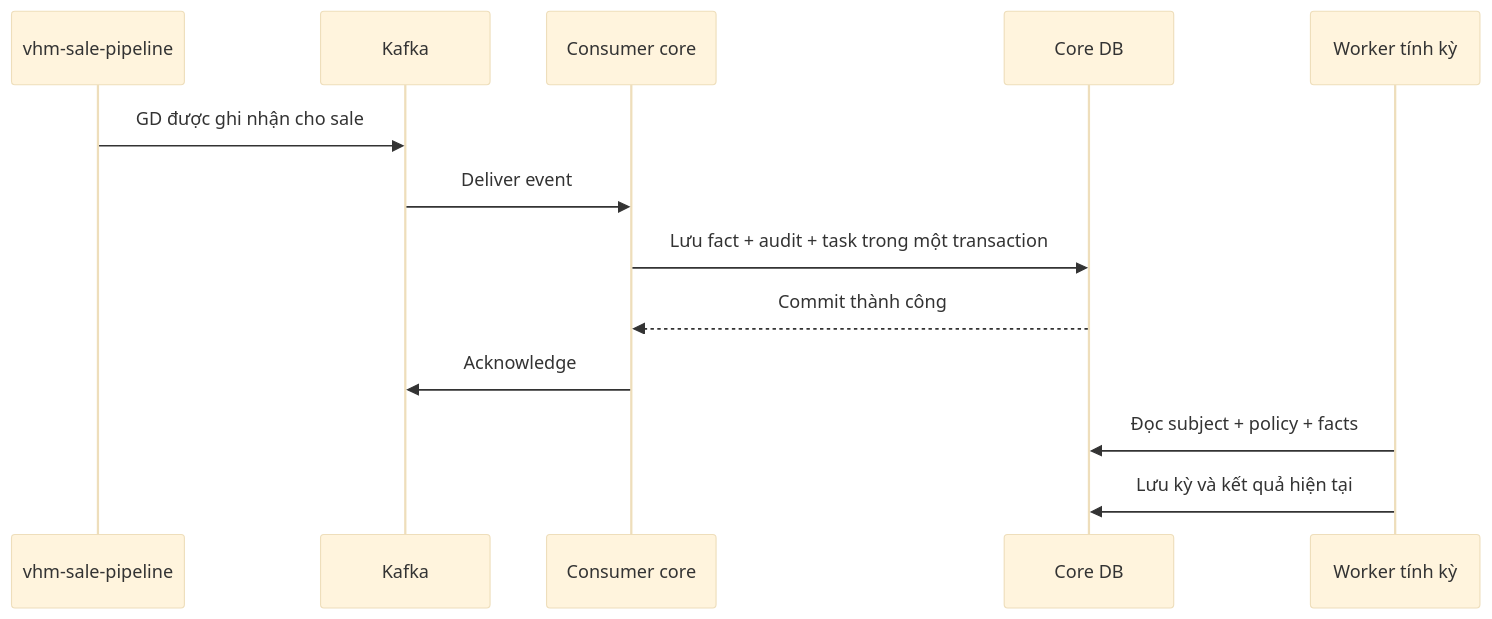
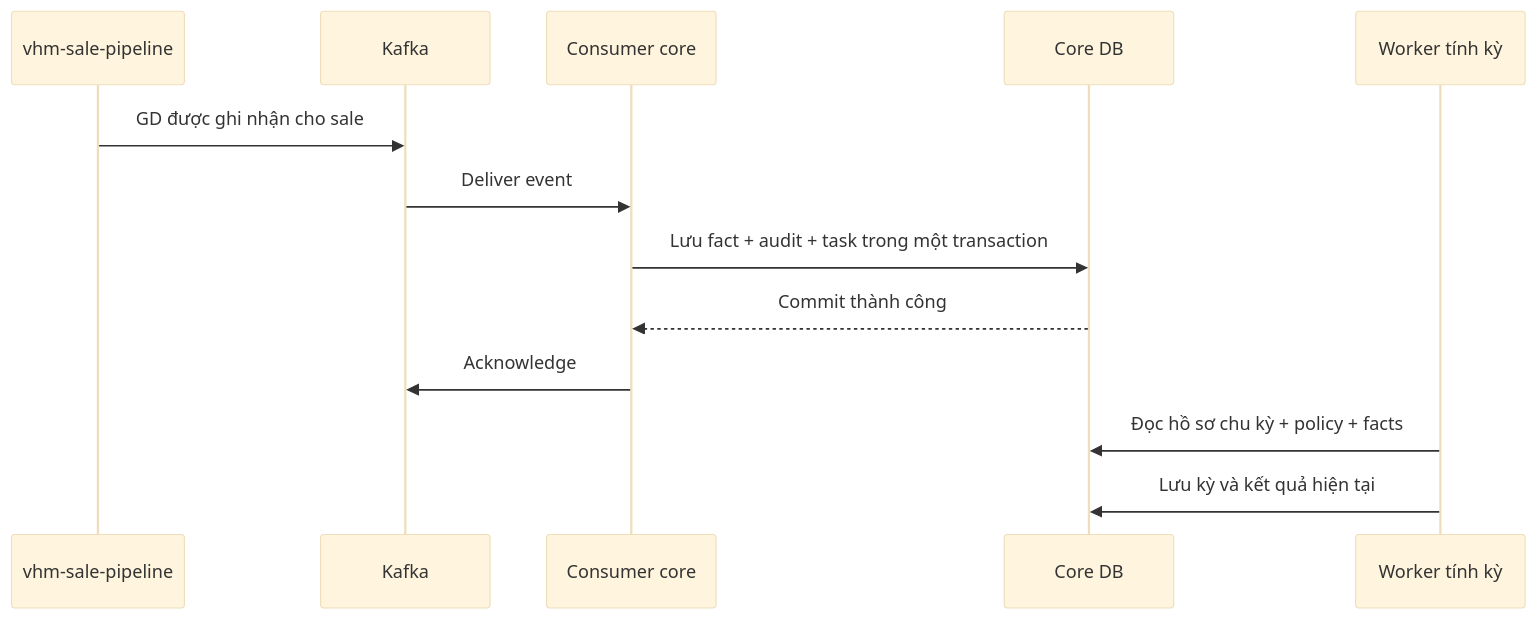
Before and after one commit to huynv-xyz/vhm: the second of 2 diagrams in BDSKD-9533-thiet-ke-ky-thuat.md, drawn with Mermaid (base theme). The commit also changed other lines of this file, not shown here.

````diff
--- a/BDSKD-9533-thiet-ke-ky-thuat.md
+++ b/BDSKD-9533-thiet-ke-ky-thuat.md
@@ -148,15 +148,15 @@
 ```mermaid
 sequenceDiagram
   participant P as vhm-sale-pipeline
   participant K as Kafka
   participant C as Consumer core
   participant D as Core DB
   participant E as Worker tính kỳ
   P->>K: GD được ghi nhận cho sale
   K->>C: Deliver event
   C->>D: Lưu fact + audit + task trong một transaction
   D-->>C: Commit thành công
   C->>K: Acknowledge
-  E->>D: Đọc subject + policy + facts
+  E->>D: Đọc hồ sơ chu kỳ + policy + facts
   E->>D: Lưu kỳ và kết quả hiện tại
 ```
````
